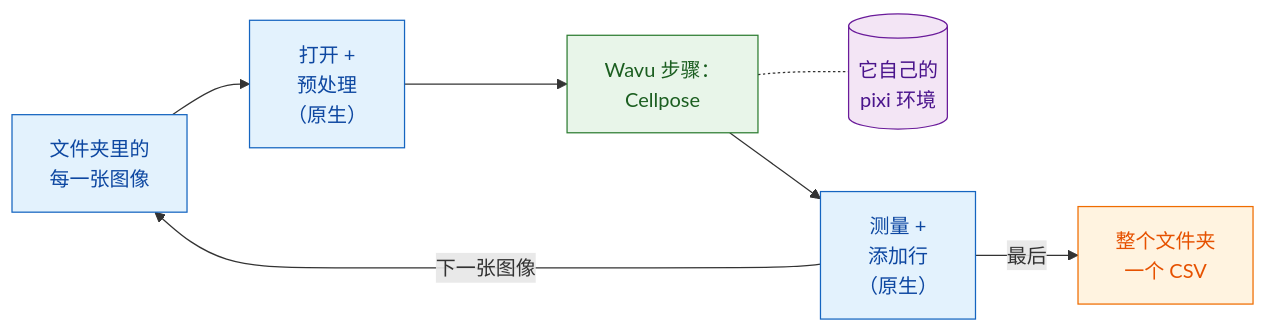
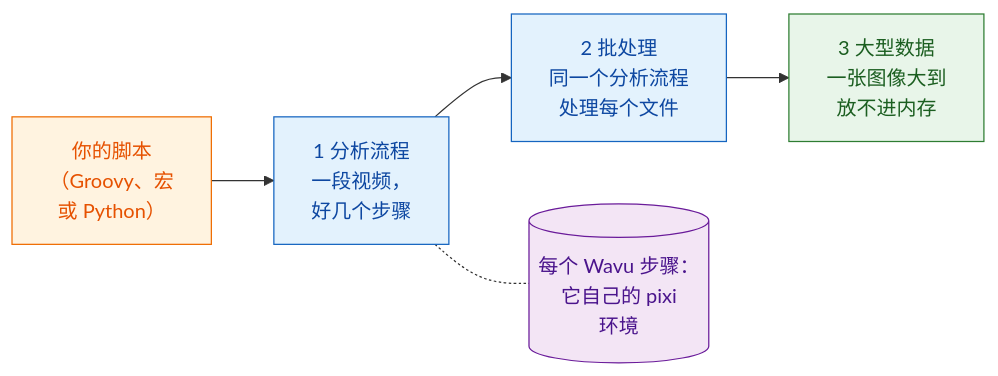
Before and after one commit to Oxford-Zeiss-Centre-of-Excellence/Wavu: the diagram in guide/workflows/index.zh-Hans.md, drawn with Mermaid. The commit also changed other lines of this file and 104 other files, not shown here.

````diff
--- a/guide/workflows/index.zh-Hans.md
+++ b/guide/workflows/index.zh-Hans.md
@@ -24,18 +42,15 @@
 ```mermaid
 flowchart LR
-    L["文件夹里的<br/>每一张图像"]:::fiji
-    O["打开 +<br/>预处理<br/>（原生）"]:::fiji
-    W["Wavu 步骤：<br/>Cellpose"]:::worker
-    E[("它自己的<br/>pixi 环境")]:::env
-    M["测量 +<br/>添加行<br/>（原生）"]:::fiji
-    C["整个文件夹<br/>一个 CSV"]:::script
-    L --> O --> W --> M
-    M -- "下一张图像" --> L
-    W -.- E
-    M -- "最后" --> C
+    S["你的脚本<br/>（Groovy、宏<br/>或 Python）"]:::script
+    P["1 分析流程<br/>一段视频，<br/>好几个步骤"]:::fiji
+    B["2 批处理<br/>同一个分析流程<br/>处理每个文件"]:::fiji
+    L["3 大型数据<br/>一张图像大到<br/>放不进内存"]:::worker
+    E[("每个 Wavu 步骤：<br/>它自己的 pixi<br/>环境")]:::env
+    S --> P --> B --> L
+    P -.- E
 
     classDef fiji   fill:#e3f2fd,stroke:#1565c0,color:#0d47a1
     classDef worker fill:#e8f5e9,stroke:#2e7d32,color:#1b5e20
     classDef script fill:#fff3e0,stroke:#ef6c00,color:#e65100
     classDef env    fill:#f3e5f5,stroke:#6a1b9a,color:#4a148c
 ```
````
